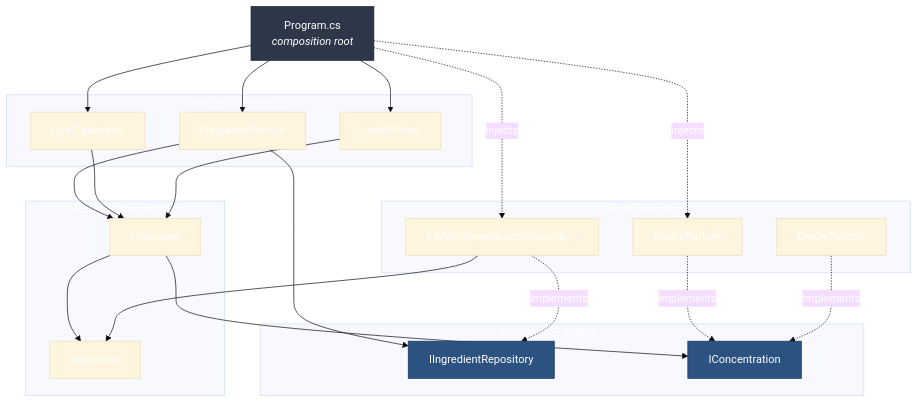
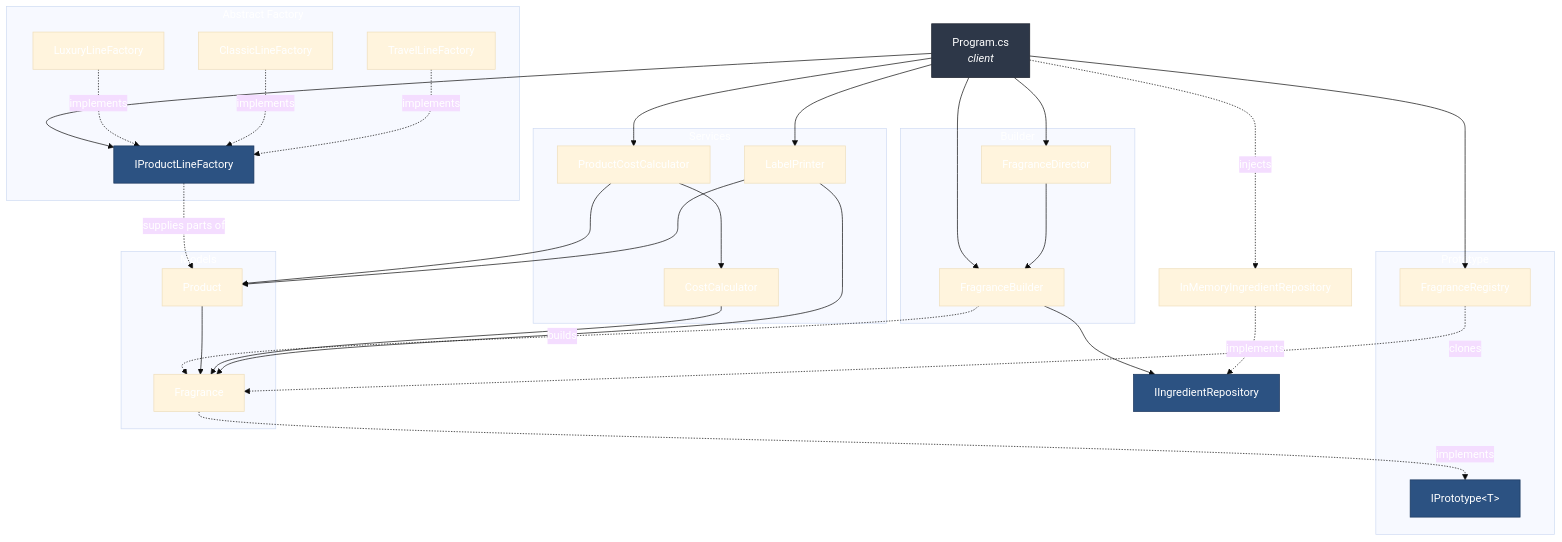
The first of 5 diagrams in REPORT.md (m0sji/TMPS_26), drawn with Mermaid (base theme) before and after one commit. The commit also changed other lines of this file, not shown here.

````diff
--- a/REPORT.md
+++ b/REPORT.md
@@ -79,49 +105,68 @@
 ```mermaid
 graph TD
-    P["Program.cs<br/><i>composition root</i>"]
+    P["Program.cs<br/><i>client</i>"]
 
-    subgraph Services["Services — behaviour"]
-        FS["FragranceService"]
-        CC["CostCalculator"]
-        LP["LabelPrinter"]
+    subgraph BuilderGroup["Builder"]
+        DIR["FragranceDirector"]
+        B["FragranceBuilder"]
     end
 
-    subgraph Abstractions["Interfaces — abstractions"]
-        IR["IIngredientRepository"]
-        IC["IConcentration"]
+    subgraph FactoryGroup["Abstract Factory"]
+        AF["IProductLineFactory"]
+        LUX["LuxuryLineFactory"]
+        CLA["ClassicLineFactory"]
+        TRV["TravelLineFactory"]
     end
 
-    subgraph Data["Implementations"]
-        REPO["InMemoryIngredientRepository"]
-        EDP["EauDeParfum"]
-        EDT["EauDeToilette"]
+    subgraph PrototypeGroup["Prototype"]
+        REG["FragranceRegistry"]
+        IP["IPrototype#lt;T#gt;"]
     end
 
-    subgraph Models["Models — domain data"]
-        FR["Fragrance"]
-        ING["Ingredient"]
+    subgraph Services["Services"]
+        LP["LabelPrinter"]
+        PCC["ProductCostCalculator"]
+        CC["CostCalculator"]
     end
 
-    P --> FS
-    P --> CC
+    subgraph Models["Models"]
+        FR["Fragrance"]
+        PR["Product"]
+    end
+
+    IR["IIngredientRepository"]
+    REPO["InMemoryIngredientRepository"]
+
+    P --> DIR
+    P --> B
+    P --> AF
+    P --> REG
     P --> LP
+    P --> PCC
     P -. "injects" .-> REPO
-    P -. "injects" .-> EDP
 
-    FS --> IR
-    FS --> FR
+    DIR --> B
+    B --> IR
+    REPO -.implements.-> IR
+    B -. "builds" .-> FR
+
+    LUX -.implements.-> AF
+    CLA -.implements.-> AF
+    TRV -.implements.-> AF
+    AF -. "supplies parts of" .-> PR
+
+    REG -. "clones" .-> FR
+    FR -.implements.-> IP
+
+    PR --> FR
+    PCC --> CC
+    PCC --> PR
     CC --> FR
+    LP --> PR
     LP --> FR
-    FR --> IC
-    FR --> ING
-
-    REPO -.implements.-> IR
-    EDP -.implements.-> IC
-    EDT -.implements.-> IC
-    REPO --> ING
 
     classDef root fill:#2d3748,stroke:#1a202c,color:#fff
     classDef abs fill:#2c5282,stroke:#1a365d,color:#fff
     class P root
-    class IR,IC abs
+    class AF,IP,IR abs
 ```
````
